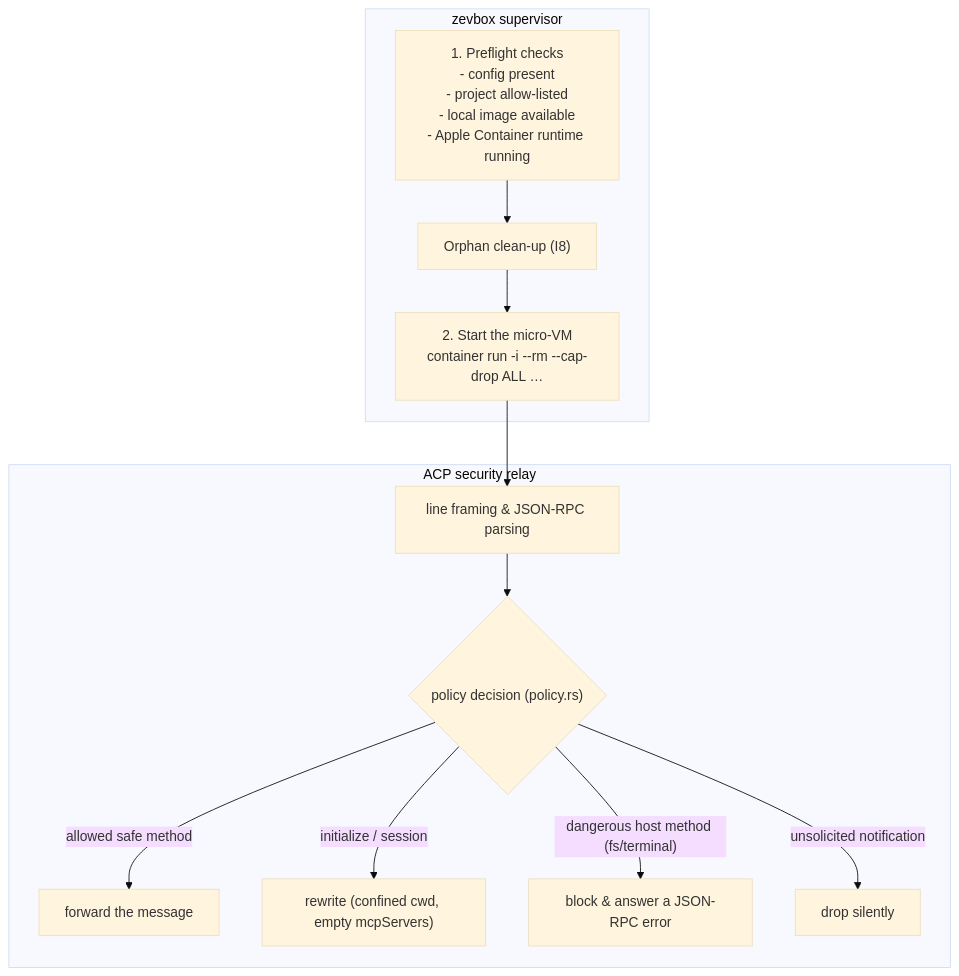
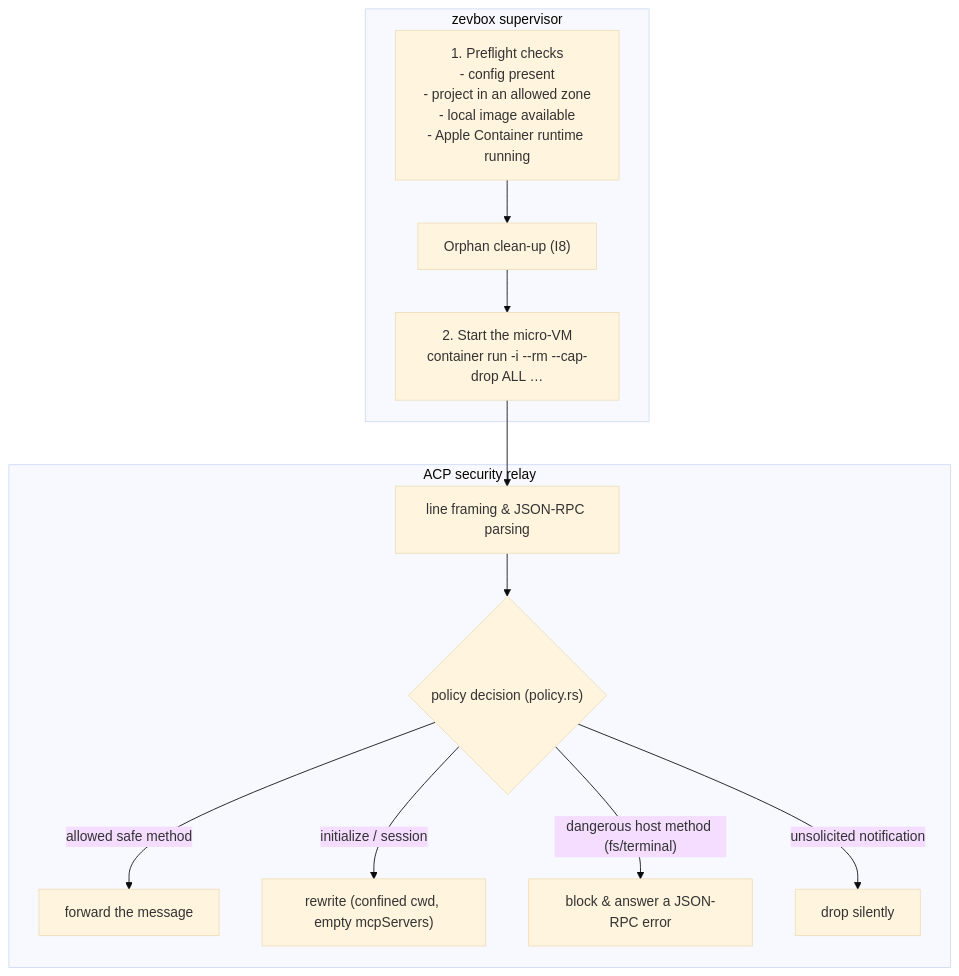
The third of 7 diagrams in docs/ARCHITECTURE.md (brainztorm/zevbox), drawn with Mermaid (base theme) before and after one commit. The commit also changed other lines of this file and 25 other files, not shown here.

First line of the commit message:
projects: automatic projects in allowed zones, no project list (D1, E1, F1)

````diff
--- a/docs/ARCHITECTURE.md
+++ b/docs/ARCHITECTURE.md
@@ -138,26 +138,26 @@
 ```mermaid
 flowchart TD
     subgraph SupervisorArea ["zevbox supervisor"]
-        Preflight["1. Preflight checks\n- config present\n- project allow-listed\n- local image available\n- Apple Container runtime running"]
+        Preflight["1. Preflight checks\n- config present\n- project in an allowed zone\n- local image available\n- Apple Container runtime running"]
         Spawn["2. Start the micro-VM\ncontainer run -i --rm --cap-drop ALL …"]
         CleanOrphans["Orphan clean-up (I8)"]
     end
 
     subgraph RelayArea ["ACP security relay"]
         Parser["line framing & JSON-RPC parsing"]
         PolicyCheck{"policy decision (policy.rs)"}
         Forward["forward the message"]
         Rewrite["rewrite (confined cwd, empty mcpServers)"]
         Block["block & answer a JSON-RPC error"]
         Drop["drop silently"]
     end
 
     Preflight --> CleanOrphans
     CleanOrphans --> Spawn
     Spawn --> Parser
     Parser --> PolicyCheck
     PolicyCheck -->|"allowed safe method"| Forward
     PolicyCheck -->|"initialize / session"| Rewrite
     PolicyCheck -->|"dangerous host method (fs/terminal)"| Block
     PolicyCheck -->|"unsolicited notification"| Drop
 ```
````
